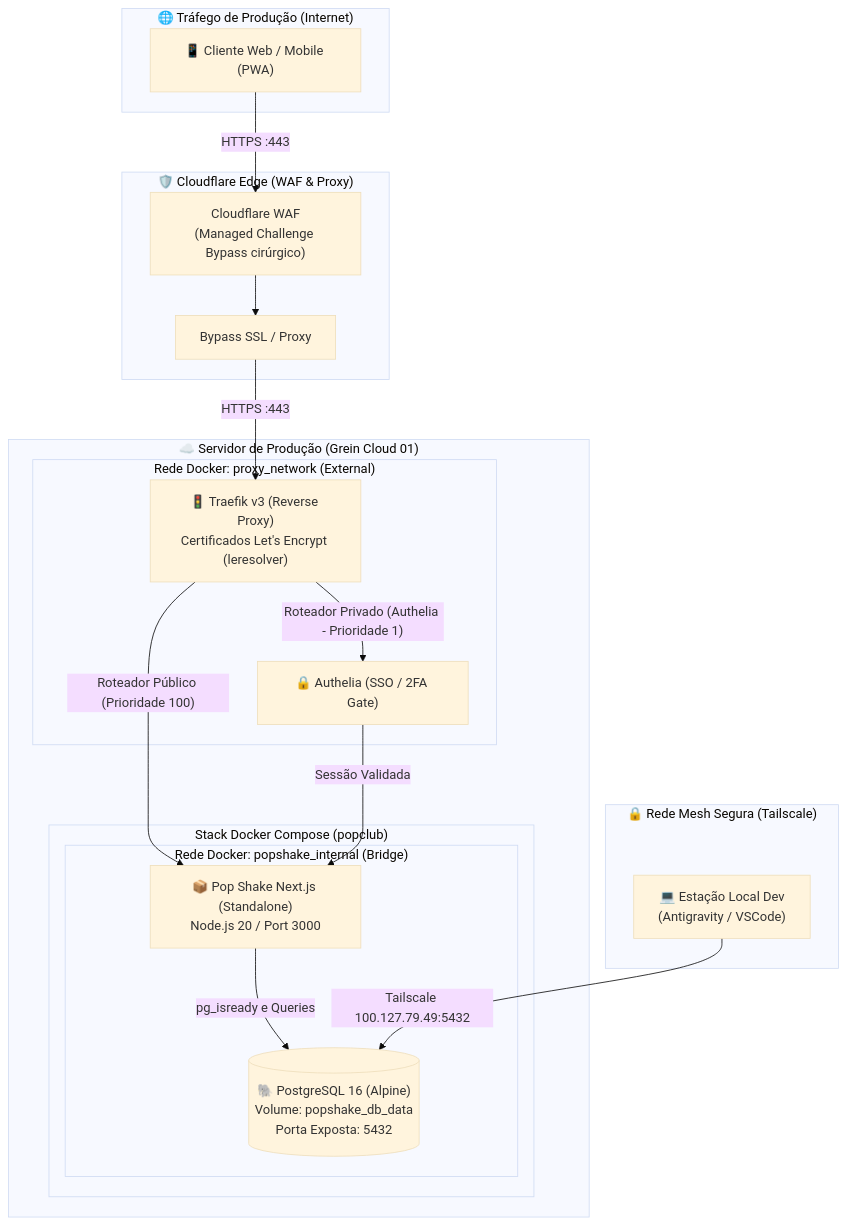
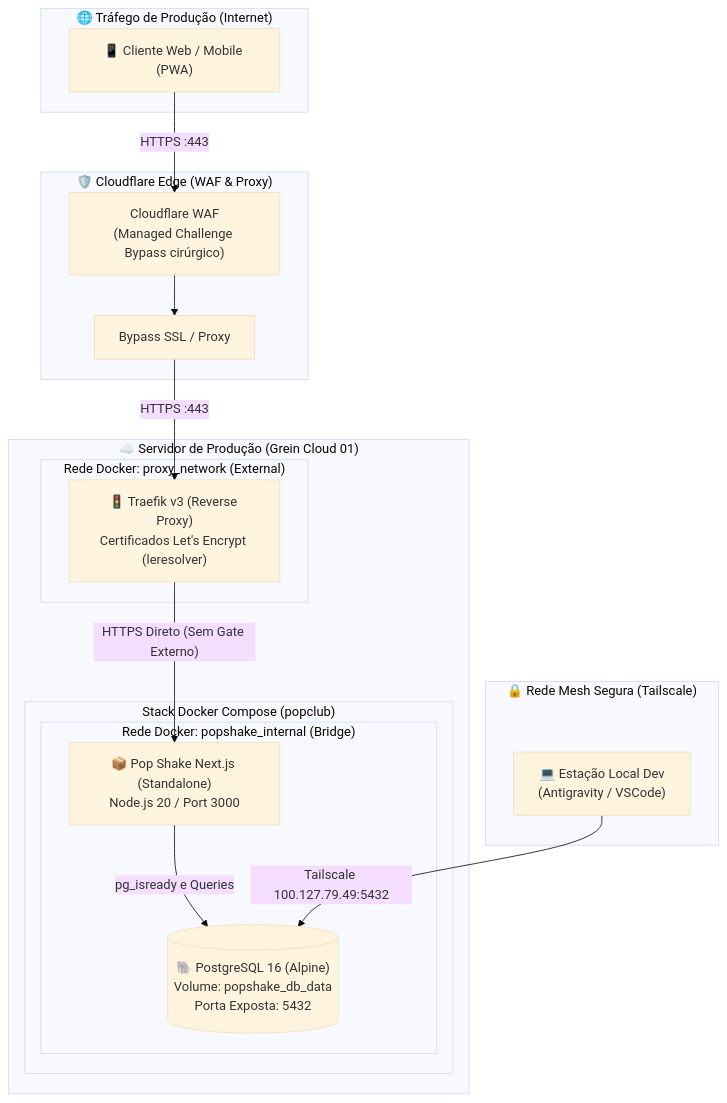
One commit to WiltonGabriel/PopClub changed the first of 4 diagrams in docs/ARCHITECTURE.md. Above: the diagram before and after it, drawn with Mermaid (base theme). The commit also changed other lines of this file and 6 other files, not shown here.

Commit message:
feat(security): remocao da camada authelia, roteamento traefik direto e expansao de testes rbac

````diff
--- a/docs/ARCHITECTURE.md
+++ b/docs/ARCHITECTURE.md
@@ -14,43 +14,40 @@
 ```mermaid
 flowchart TD
     subgraph Internet ["🌐 Tráfego de Produção (Internet)"]
         User["📱 Cliente Web / Mobile (PWA)"]
     end
 
     subgraph CloudflareEdge ["🛡️ Cloudflare Edge (WAF & Proxy)"]
         CF_WAF["Cloudflare WAF\n(Managed Challenge Bypass cirúrgico)"]
         CF_SSL["Bypass SSL / Proxy"]
     end
 
     subgraph Host ["☁️ Servidor de Produção (Grein Cloud 01)"]
         subgraph ProxyNet ["Rede Docker: proxy_network (External)"]
             Traefik["🚦 Traefik v3 (Reverse Proxy)\nCertificados Let's Encrypt (leresolver)"]
-            Authelia["🔒 Authelia (SSO / 2FA Gate)"]
         end
 
         subgraph PopshakeStack ["Stack Docker Compose (popclub)"]
             subgraph PopInternal ["Rede Docker: popshake_internal (Bridge)"]
                 App["📦 Pop Shake Next.js (Standalone)\nNode.js 20 / Port 3000"]
                 DB[("🐘 PostgreSQL 16 (Alpine)\nVolume: popshake_db_data\nPorta Exposta: 5432")]
             end
         end
     end
 
     subgraph TailscaleVPN ["🔒 Rede Mesh Segura (Tailscale)"]
         Dev["💻 Estação Local Dev\n(Antigravity / VSCode)"]
     end
 
     %% Conexões de Produção
     User -->|"HTTPS :443"| CF_WAF
     CF_WAF --> CF_SSL
     CF_SSL -->|"HTTPS :443"| Traefik
-    Traefik -->|"Roteador Público (Prioridade 100)"| App
-    Traefik -->|"Roteador Privado (Authelia - Prioridade 1)"| Authelia
-    Authelia -->|"Sessão Validada"| App
+    Traefik -->|"HTTPS Direto (Sem Gate Externo)"| App
 
     %% Conexões Internas
     App -->|"pg_isready e Queries"| DB
 
     %% Conexão de Desenvolvimento via Tailscale
     Dev -->|"Tailscale 100.127.79.49:5432"| DB
 ```
````
